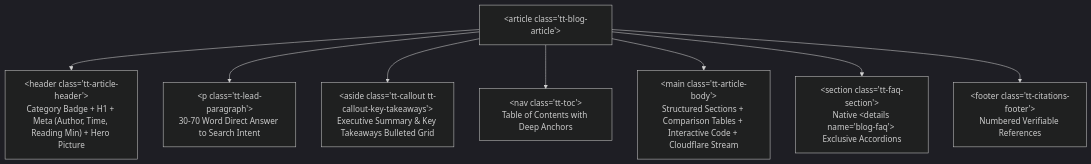
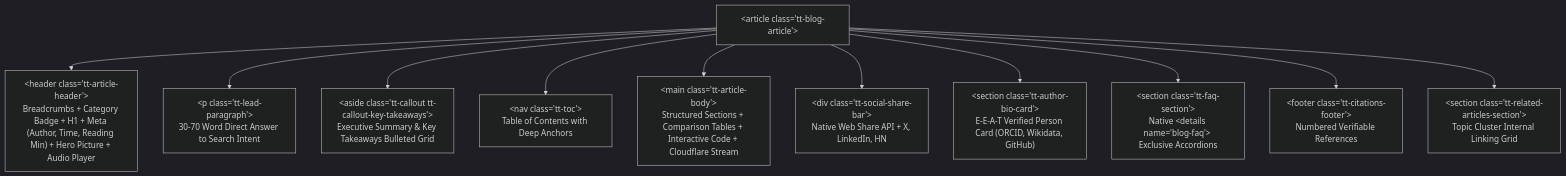
One commit to heymegabyte/agent-skills changed the diagram in rules/blog-post-doctrine.md. Above: the diagram before and after it, drawn with Mermaid (dark theme). The commit also changed other lines of this file and 3 other files, not shown here.

Commit message:
feat(seo): upgrade 15 golden post mandates, audio player, and unified schema graph

````diff
--- a/rules/blog-post-doctrine.md
+++ b/rules/blog-post-doctrine.md
@@ -45,10 +45,13 @@
 ```mermaid
 flowchart TD
-    A["&lt;article class='tt-blog-article'&gt;"] --> B["&lt;header class='tt-article-header'&gt;<br/>Category Badge + H1 + Meta (Author, Time, Reading Min) + Hero Picture"]
+    A["&lt;article class='tt-blog-article'&gt;"] --> B["&lt;header class='tt-article-header'&gt;<br/>Breadcrumbs + Category Badge + H1 + Meta (Author, Time, Reading Min) + Hero Picture + Audio Player"]
     A --> C["&lt;p class='tt-lead-paragraph'&gt;<br/>30-70 Word Direct Answer to Search Intent"]
     A --> D["&lt;aside class='tt-callout tt-callout-key-takeaways'&gt;<br/>Executive Summary & Key Takeaways Bulleted Grid"]
     A --> E["&lt;nav class='tt-toc'&gt;<br/>Table of Contents with Deep Anchors"]
     A --> F["&lt;main class='tt-article-body'&gt;<br/>Structured Sections + Comparison Tables + Interactive Code + Cloudflare Stream"]
-    A --> G["&lt;section class='tt-faq-section'&gt;<br/>Native &lt;details name='blog-faq'&gt; Exclusive Accordions"]
-    A --> H["&lt;footer class='tt-citations-footer'&gt;<br/>Numbered Verifiable References"]
+    A --> G["&lt;div class='tt-social-share-bar'&gt;<br/>Native Web Share API + X, LinkedIn, HN"]
+    A --> H["&lt;section class='tt-author-bio-card'&gt;<br/>E-E-A-T Verified Person Card (ORCID, Wikidata, GitHub)"]
+    A --> I["&lt;section class='tt-faq-section'&gt;<br/>Native &lt;details name='blog-faq'&gt; Exclusive Accordions"]
+    A --> J["&lt;footer class='tt-citations-footer'&gt;<br/>Numbered Verifiable References"]
+    A --> K["&lt;section class='tt-related-articles-section'&gt;<br/>Topic Cluster Internal Linking Grid"]
 ```
````
